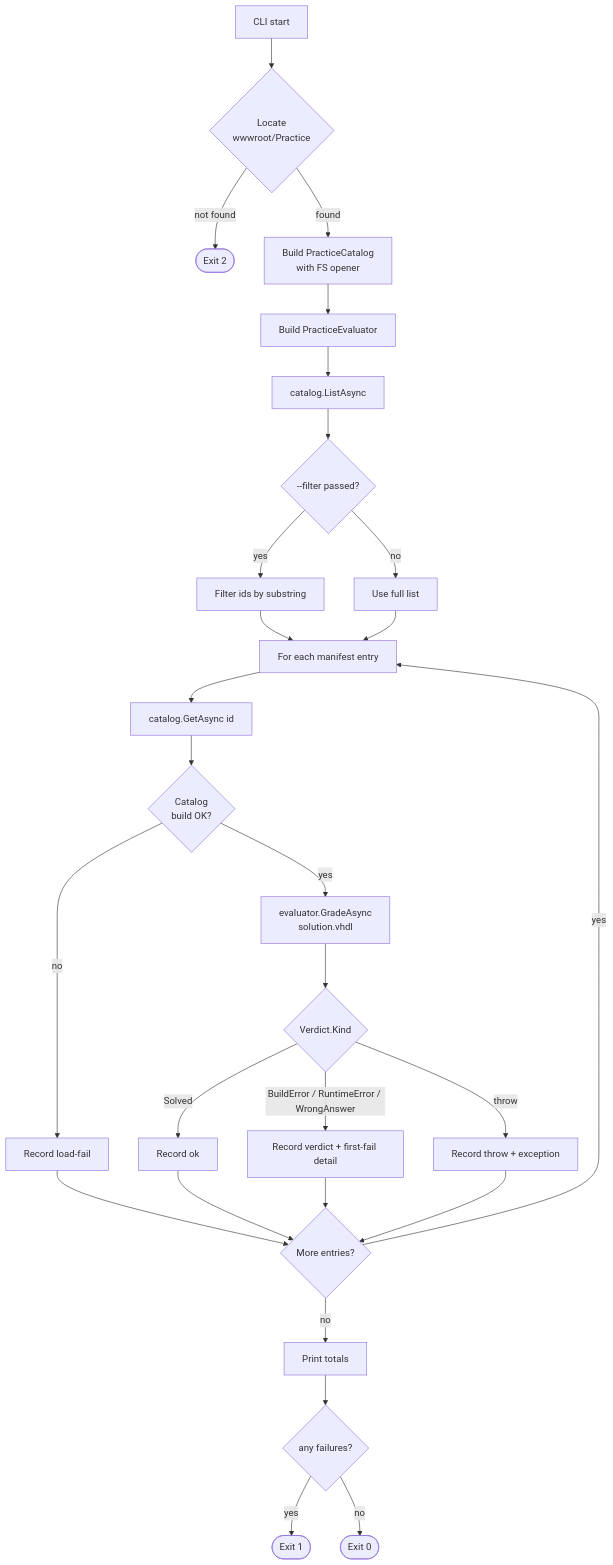
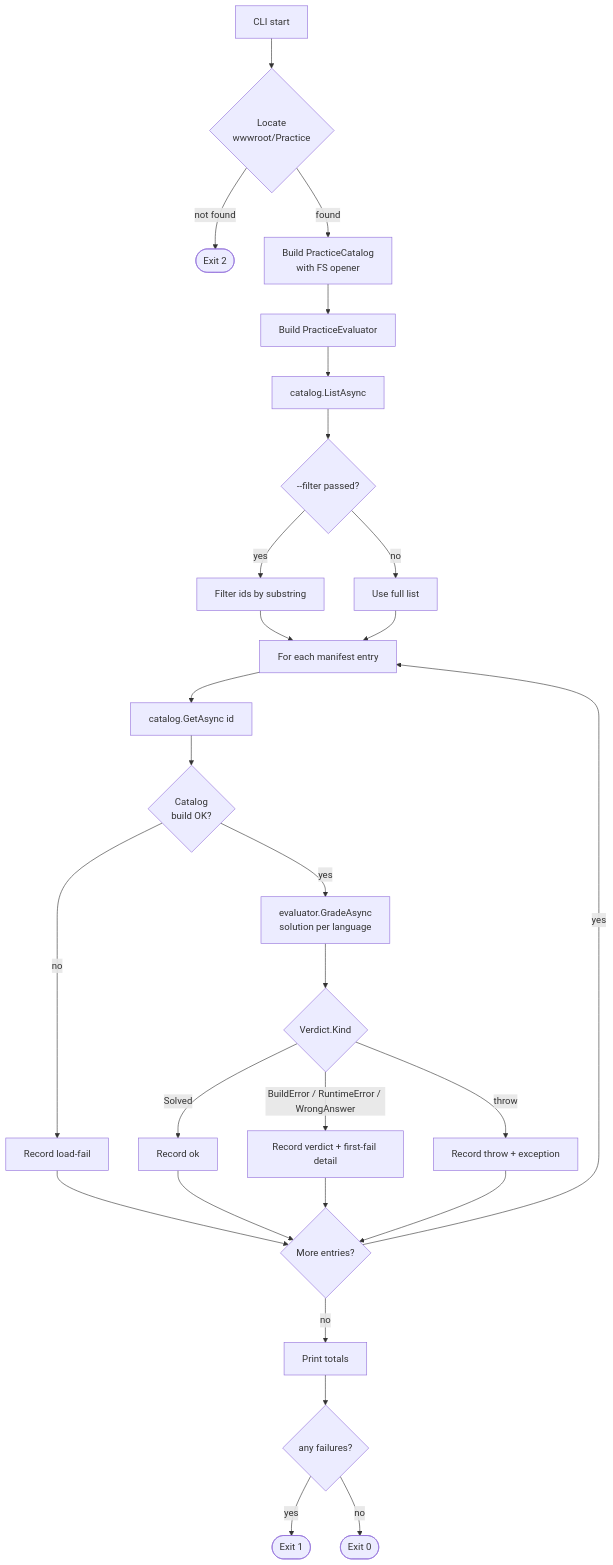
The first of 3 diagrams in README.md (Kmila9s/PracticeValidator), drawn with Mermaid before and after one commit. The commit also changed other lines of this file and 1 other file, not shown here.

First line of the commit message:
Validate every HDL language variant of each exercise (missing variant = failure), solutions and starters

````diff
--- a/README.md
+++ b/README.md
@@ -80,30 +81,30 @@
 ```mermaid
 flowchart TD
     A[CLI start] --> B{Locate<br/>wwwroot/Practice}
     B -- not found --> X([Exit 2])
     B -- found --> C[Build PracticeCatalog<br/>with FS opener]
     C --> D[Build PracticeEvaluator]
     D --> E[catalog.ListAsync]
     E --> F{--filter passed?}
     F -- yes --> G[Filter ids by substring]
     F -- no --> H[Use full list]
     G --> I[For each manifest entry]
     H --> I
     I --> J[catalog.GetAsync id]
     J --> K{Catalog<br/>build OK?}
     K -- no --> L[Record load-fail]
-    K -- yes --> M[evaluator.GradeAsync<br/>solution.vhdl]
+    K -- yes --> M[evaluator.GradeAsync<br/>solution per language]
     M --> N{Verdict.Kind}
     N -- Solved --> O[Record ok]
     N -- BuildError / RuntimeError / WrongAnswer --> P[Record verdict + first-fail detail]
     N -- throw --> Q[Record throw + exception]
     L --> R{More entries?}
     O --> R
     P --> R
     Q --> R
     R -- yes --> I
     R -- no --> S[Print totals]
     S --> T{any failures?}
     T -- yes --> U([Exit 1])
     T -- no --> V([Exit 0])
 ```
````
